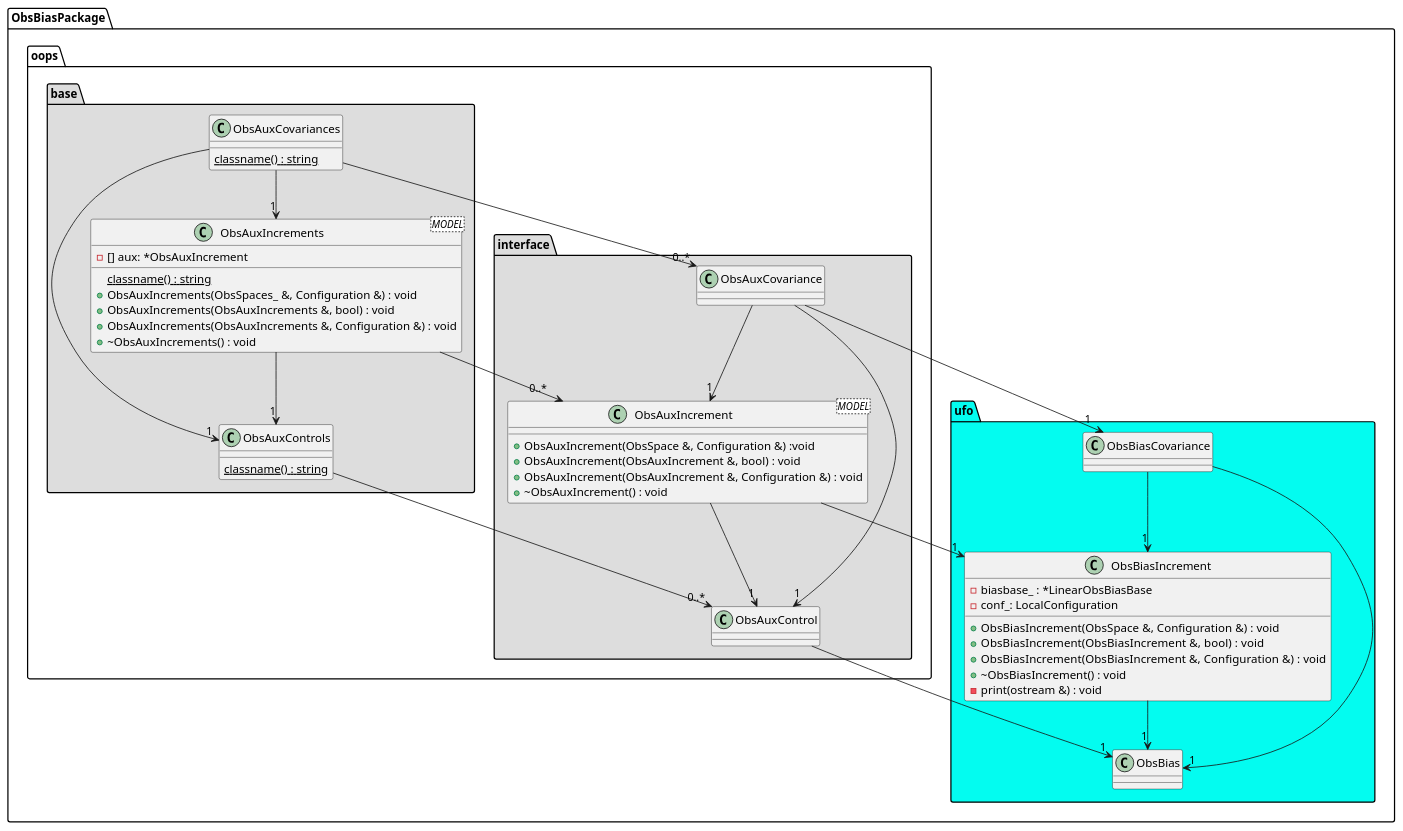
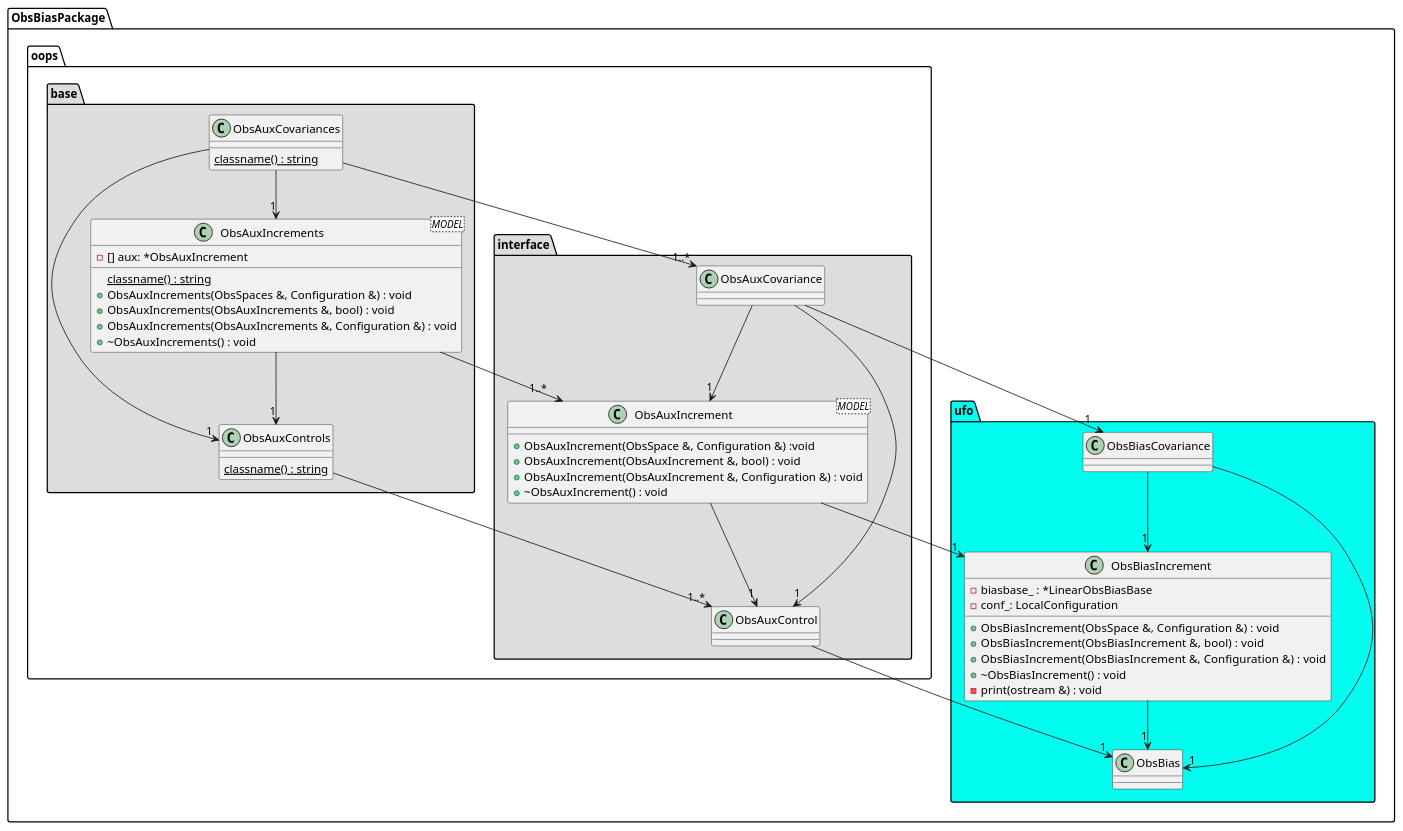
One commit to xinzhang8noaa/jedi-varbc-doc changed the diagram in source/design/design.rst. Above: the diagram before and after it, drawn with PlantUML.

```diff
--- a/source/design/design.rst
+++ b/source/design/design.rst
@@ -15,7 +15,7 @@
 
           class ObsAuxIncrements <MODEL> {
             {static} classname() : string
-            + ObsAuxIncrements(ObsSpaces_ &, Configuration &) : void
+            + ObsAuxIncrements(ObsSpaces &, Configuration &) : void
             + ObsAuxIncrements(ObsAuxIncrements &, bool) : void
             + ObsAuxIncrements(ObsAuxIncrements &, Configuration &) : void
             + ~ObsAuxIncrements() : void
@@ -53,9 +53,9 @@
 
       }  /' namesapce oops.interface '/
 
-      oops.base.ObsAuxControls --> "0..*" oops.interface.ObsAuxControl
-      oops.base.ObsAuxIncrements --> "0..*" oops.interface.ObsAuxIncrement
-      oops.base.ObsAuxCovariances --> "0..*" oops.interface.ObsAuxCovariance
+      oops.base.ObsAuxControls --> "1..*" oops.interface.ObsAuxControl
+      oops.base.ObsAuxIncrements --> "1..*" oops.interface.ObsAuxIncrement
+      oops.base.ObsAuxCovariances --> "1..*" oops.interface.ObsAuxCovariance
       
       namespace ufo #03fcf0 {
         
```
